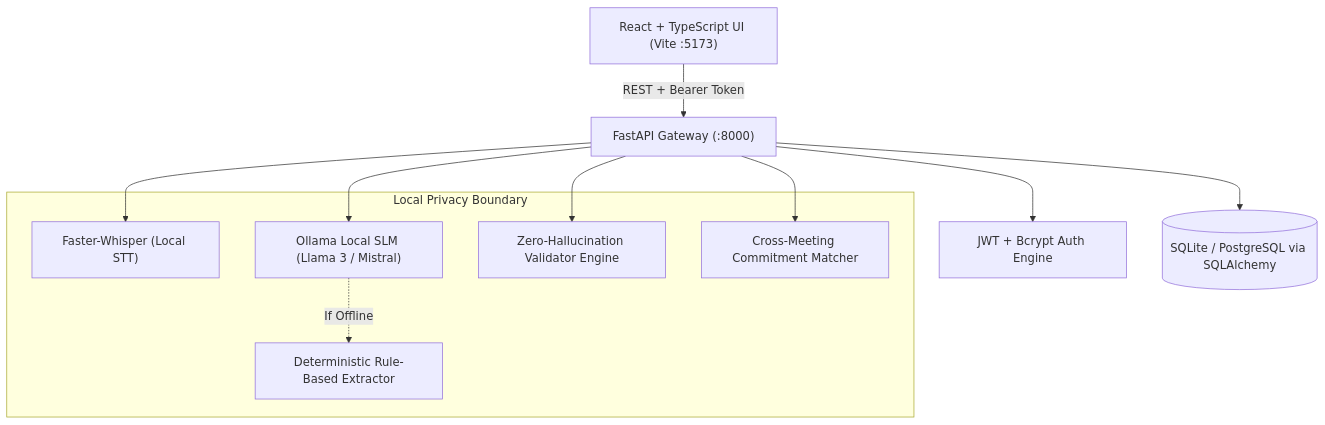
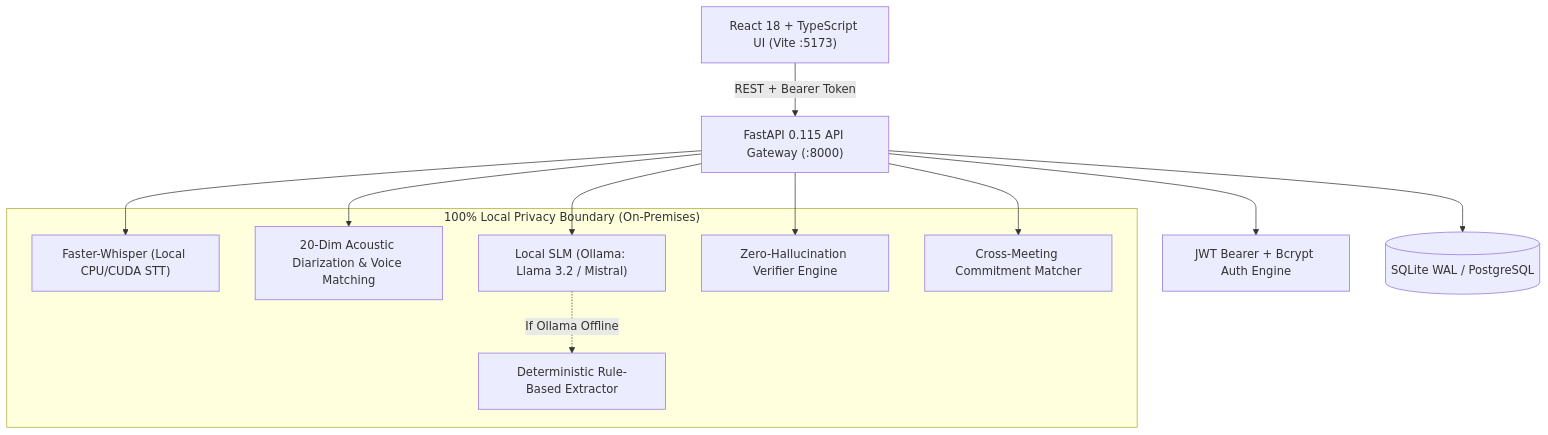
The diagram in README.md (KeerthiNarayanan33/Memora), drawn with Mermaid before and after one commit. The commit also changed other lines of this file and 57 other files, not shown here.

````diff
--- a/README.md
+++ b/README.md
@@ -23,24 +72,26 @@
 ```mermaid
 graph TD
-    Client["React + TypeScript UI (Vite :5173)"]
-    API["FastAPI Gateway (:8000)"]
-    Auth["JWT + Bcrypt Auth Engine"]
-    DB[(SQLite / PostgreSQL via SQLAlchemy)]
-    
-    subgraph "Local Privacy Boundary"
-        Whisper["Faster-Whisper (Local STT)"]
-        Ollama["Ollama Local SLM (Llama 3 / Mistral)"]
-        Validator["Zero-Hallucination Validator Engine"]
+    Client["React 18 + TypeScript UI (Vite :5173)"]
+    API["FastAPI 0.115 API Gateway (:8000)"]
+    Auth["JWT Bearer + Bcrypt Auth Engine"]
+    DB[(SQLite WAL / PostgreSQL)]
+
+    subgraph "100% Local Privacy Boundary (On-Premises)"
+        Whisper["Faster-Whisper (Local CPU/CUDA STT)"]
+        Acoustic["20-Dim Acoustic Diarization & Voice Matching"]
+        Ollama["Local SLM (Ollama: Llama 3.2 / Mistral)"]
+        Validator["Zero-Hallucination Verifier Engine"]
         CrossMatch["Cross-Meeting Commitment Matcher"]
-        Fallback["Deterministic Rule-Based Extractor"]
+        RuleFallback["Deterministic Rule-Based Extractor"]
     end
 
     Client -->|REST + Bearer Token| API
     API --> Auth
     API --> DB
     API --> Whisper
+    API --> Acoustic
     API --> Ollama
-    Ollama -.->|If Offline| Fallback
+    Ollama -.->|If Ollama Offline| RuleFallback
     API --> Validator
     API --> CrossMatch
 ```
````
